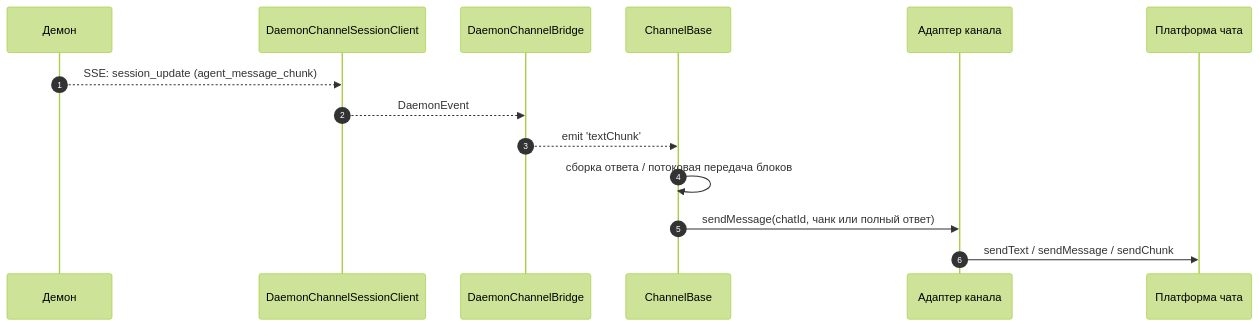
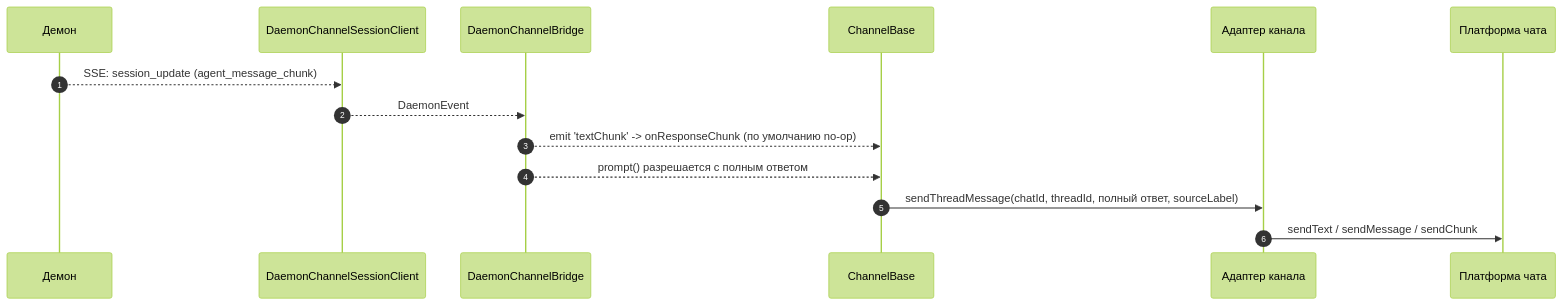
One commit to QwenLM/qwen-code-docs changed the second of 3 diagrams in website/content/ru/developers/daemon/15-channel-adapters.md. Above: the diagram before and after it, drawn with Mermaid (forest theme). The commit also changed other lines of this file and 168 other files, not shown here.

````diff
--- a/website/content/ru/developers/daemon/15-channel-adapters.md
+++ b/website/content/ru/developers/daemon/15-channel-adapters.md
@@ -132,17 +132,17 @@
 ```mermaid
 sequenceDiagram
     autonumber
     participant D as Демон
     participant SC as DaemonChannelSessionClient
     participant BR as DaemonChannelBridge
     participant CB as ChannelBase
     participant AD as Адаптер канала
     participant CH as Платформа чата
 
     D-->>SC: SSE: session_update (agent_message_chunk)
     SC-->>BR: DaemonEvent
-    BR-->>CB: emit 'textChunk'
-    CB->>CB: сборка ответа / потоковая передача блоков
-    CB->>AD: sendMessage(chatId, чанк или полный ответ)
+    BR-->>CB: emit 'textChunk' -> onResponseChunk (по умолчанию no-op)
+    BR-->>CB: prompt() разрешается с полным ответом
+    CB->>AD: sendThreadMessage(chatId, threadId, полный ответ, sourceLabel)
     AD->>CH: sendText / sendMessage / sendChunk
 ```
````
